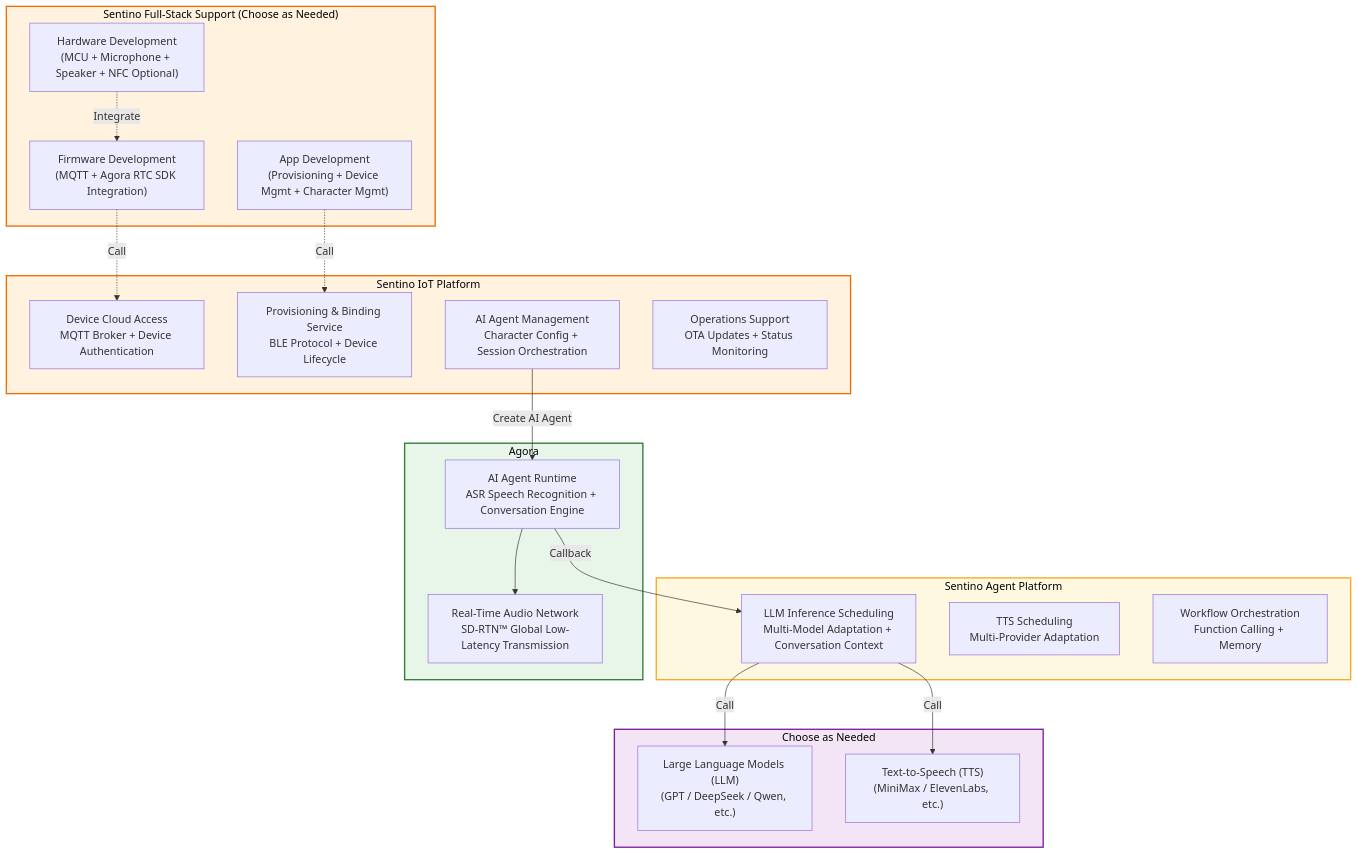
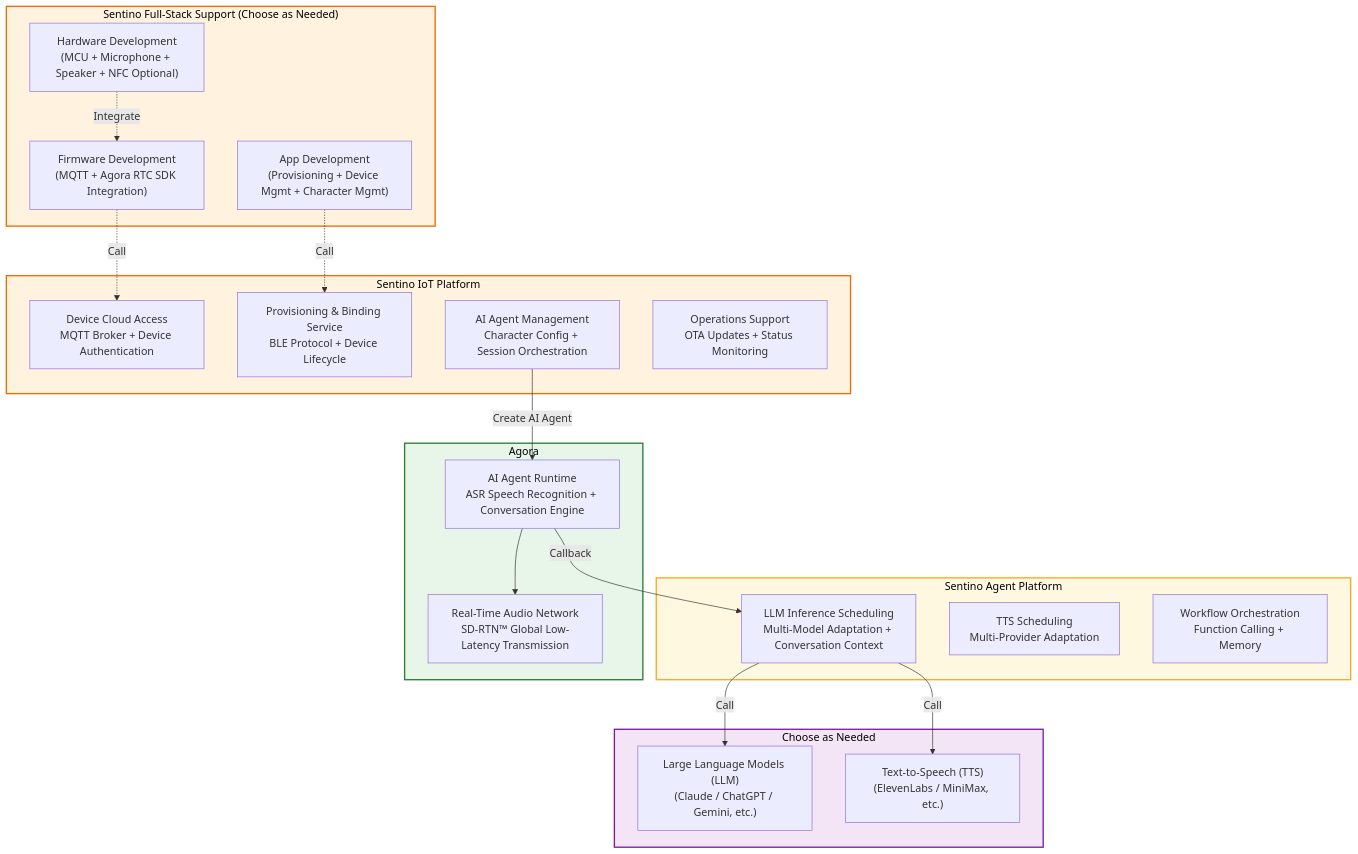
Before and after one commit to sentino-jp/iot-docs: the first of 3 diagrams in architecture-overview-en.md, drawn with Mermaid. The commit also changed other lines of this file and 8 other files, not shown here.

First line of the commit message:
docs: add English translations for all architecture docs and update API examples

````diff
--- a/architecture-overview-en.md
+++ b/architecture-overview-en.md
@@ -24,46 +24,46 @@
 ```mermaid
 graph TB
     subgraph Delivery["Sentino Full-Stack Support (Choose as Needed)"]
         C1["Hardware Development<br/>(MCU + Microphone + Speaker + NFC Optional)"]
         C2["Firmware Development<br/>(MQTT + Agora RTC SDK Integration)"]
         C3["App Development<br/>(Provisioning + Device Mgmt + Character Mgmt)"]
     end
 
     subgraph SentinoIoT["Sentino IoT Platform"]
         S1["Device Cloud Access<br/>MQTT Broker + Device Authentication"]
         S2["Provisioning & Binding Service<br/>BLE Protocol + Device Lifecycle"]
         S3["AI Agent Management<br/>Character Config + Session Orchestration"]
         S4["Operations Support<br/>OTA Updates + Status Monitoring"]
     end
 
     subgraph SentinoAgent["Sentino Agent Platform"]
         S5["LLM Inference Scheduling<br/>Multi-Model Adaptation + Conversation Context"]
         S6["TTS Scheduling<br/>Multi-Provider Adaptation"]
         S7["Workflow Orchestration<br/>Function Calling + Memory"]
     end
 
     subgraph Agora["Agora"]
         A1["Real-Time Audio Network<br/>SD-RTN™ Global Low-Latency Transmission"]
         A2["AI Agent Runtime<br/>ASR Speech Recognition + Conversation Engine"]
     end
 
     subgraph External["Choose as Needed"]
-        E1["Large Language Models (LLM)<br/>(GPT / DeepSeek / Qwen, etc.)"]
-        E2["Text-to-Speech (TTS)<br/>(MiniMax / ElevenLabs, etc.)"]
+        E1["Large Language Models (LLM)<br/>(Claude / ChatGPT / Gemini, etc.)"]
+        E2["Text-to-Speech (TTS)<br/>(ElevenLabs / MiniMax, etc.)"]
     end
 
     C1 -.->|"Integrate"| C2
     C2 -.->|"Call"| S1
     C3 -.->|"Call"| S2
     S3 -->|"Create AI Agent"| A2
     A2 --> A1
     A2 -->|"Callback"| S5
     S5 -->|"Call"| E1
     S5 -->|"Call"| E2
 
     style Delivery fill:#FFF3E0,stroke:#EF6C00,stroke-width:2px,color:#000
     style SentinoIoT fill:#FFF3E0,stroke:#EF6C00,stroke-width:2px,color:#000
     style SentinoAgent fill:#FFF8E1,stroke:#F9A825,stroke-width:2px,color:#000
     style Agora fill:#E8F5E9,stroke:#2E7D32,stroke-width:2px,color:#000
     style External fill:#F3E5F5,stroke:#7B1FA2,stroke-width:2px,color:#000
 ```
````
